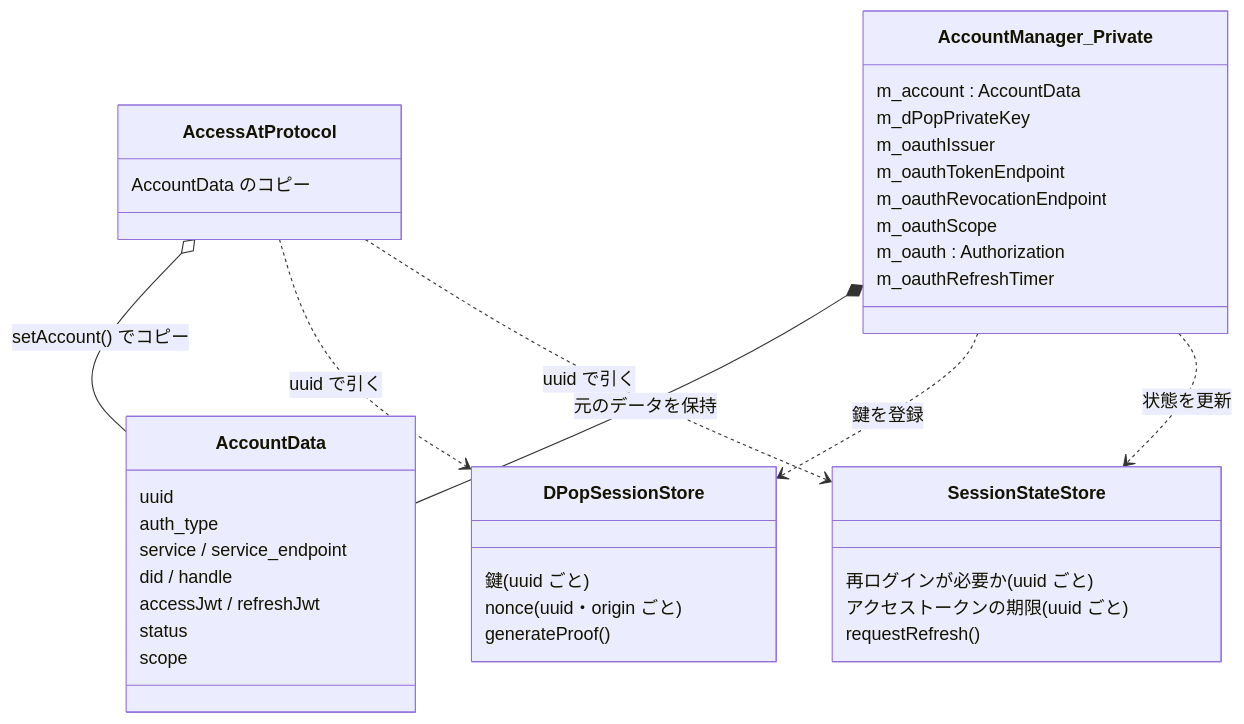
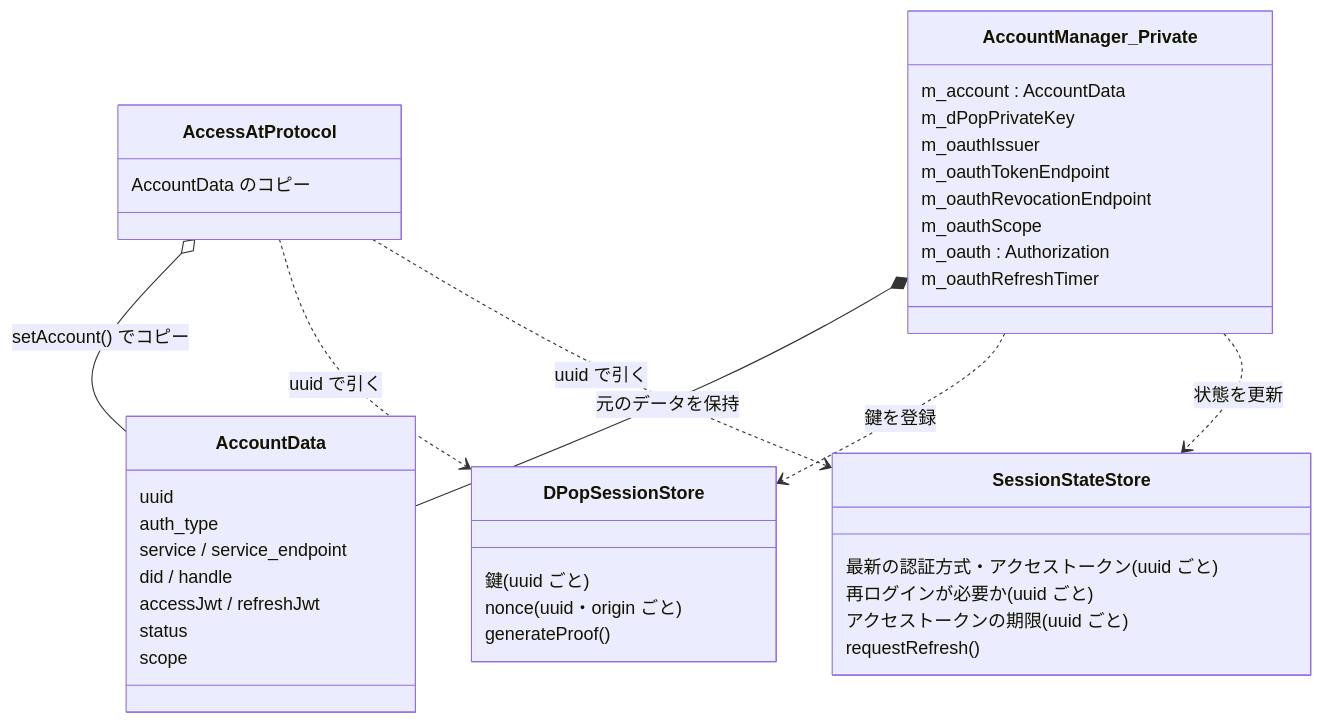
Before and after one commit to ioriayane/Hagoromo: the second of 11 diagrams in docs/design/authentication.md, drawn with Mermaid. The commit also changed other lines of this file and 6 other files, not shown here.

````diff
--- a/docs/design/authentication.md
+++ b/docs/design/authentication.md
@@ -120,41 +120,42 @@
 ```mermaid
 classDiagram
     class AccountData {
         uuid
         auth_type
         service / service_endpoint
         did / handle
         accessJwt / refreshJwt
         status
         scope
     }
     class AccountManager_Private {
         m_account : AccountData
         m_dPopPrivateKey
         m_oauthIssuer
         m_oauthTokenEndpoint
         m_oauthRevocationEndpoint
         m_oauthScope
         m_oauth : Authorization
         m_oauthRefreshTimer
     }
     class DPopSessionStore {
         鍵(uuid ごと)
         nonce(uuid・origin ごと)
         generateProof()
     }
     class SessionStateStore {
+        最新の認証方式・アクセストークン(uuid ごと)
         再ログインが必要か(uuid ごと)
         アクセストークンの期限(uuid ごと)
         requestRefresh()
     }
     class AccessAtProtocol {
         AccountData のコピー
     }
     AccountManager_Private *-- AccountData : 元のデータを保持
     AccessAtProtocol o-- AccountData : setAccount() でコピー
     AccessAtProtocol ..> DPopSessionStore : uuid で引く
     AccessAtProtocol ..> SessionStateStore : uuid で引く
     AccountManager_Private ..> DPopSessionStore : 鍵を登録
     AccountManager_Private ..> SessionStateStore : 状態を更新
 ```
````
